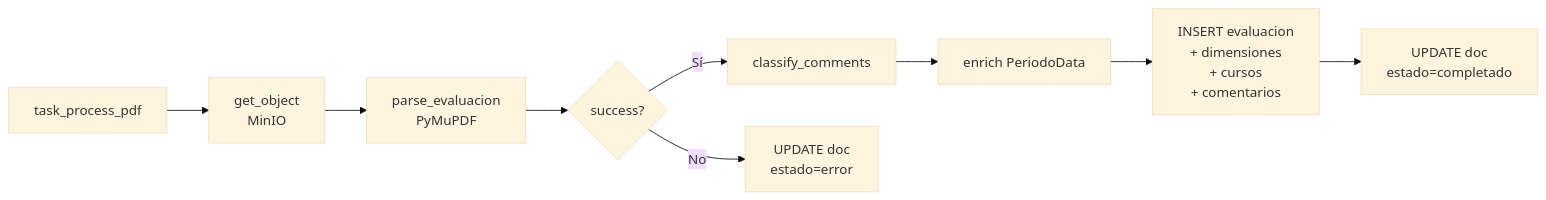
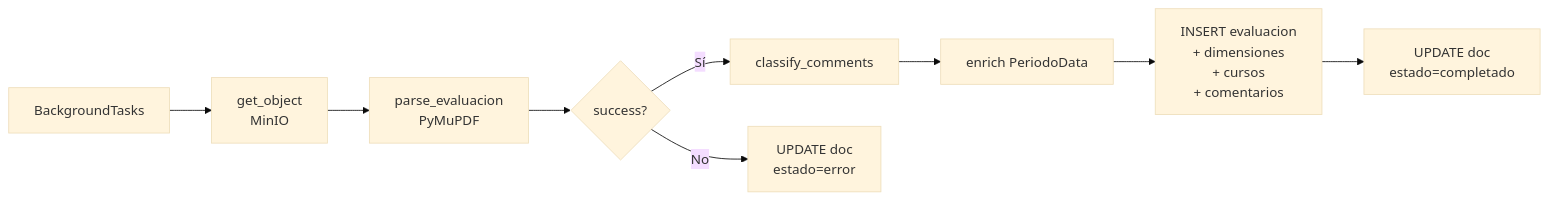
Before and after one commit to soviedos/cenfotec-gestion-academica: the second of 2 diagrams in docs/processing-pipeline.md, drawn with Mermaid (base theme). The commit also changed other lines of this file and 8 other files, not shown here.

````diff
--- a/docs/processing-pipeline.md
+++ b/docs/processing-pipeline.md
@@ -264,11 +266,11 @@
 ```mermaid
 graph LR
-    A[task_process_pdf] --> B[get_object<br/>MinIO]
+    A[BackgroundTasks] --> B[get_object<br/>MinIO]
     B --> C[parse_evaluacion<br/>PyMuPDF]
     C --> D{success?}
     D -->|Sí| E[classify_comments]
     D -->|No| F[UPDATE doc<br/>estado=error]
     E --> G[enrich PeriodoData]
     G --> H[INSERT evaluacion<br/>+ dimensiones<br/>+ cursos<br/>+ comentarios]
     H --> I[UPDATE doc<br/>estado=completado]
 ```
````
